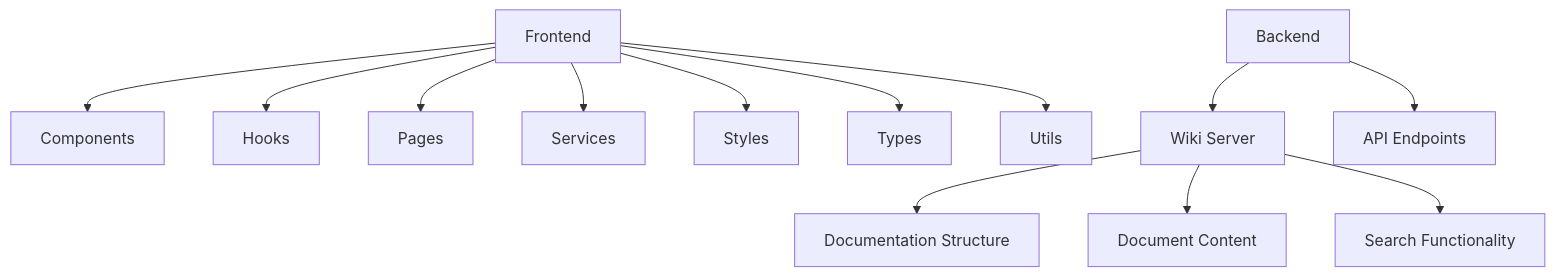
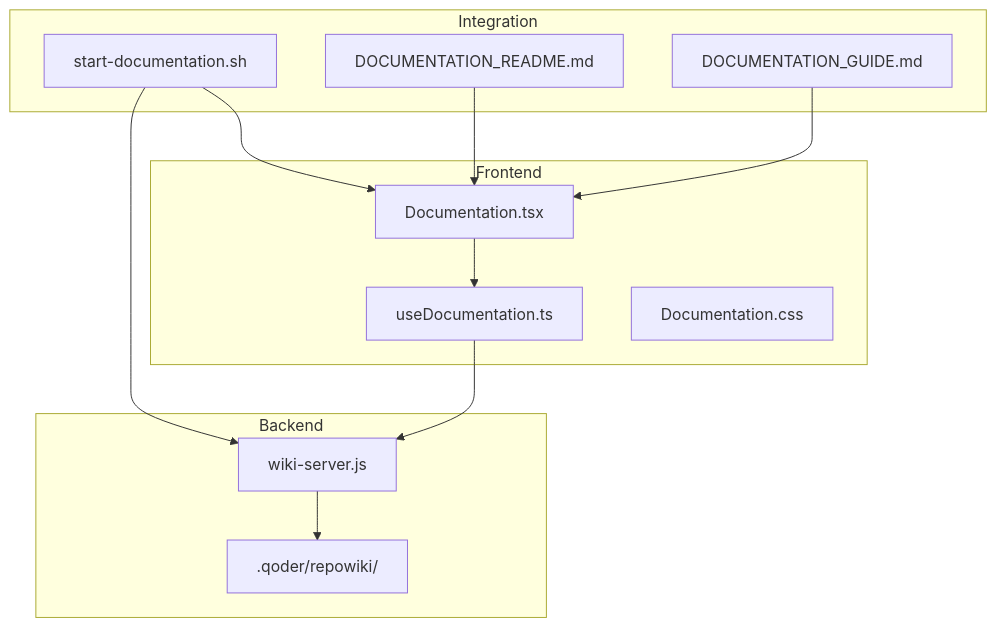
The first of 6 diagrams in .qoder/repowiki/en/content/Documentation System.md (gaigenticai/Regulens), drawn with Mermaid before and after one commit. The commit also changed other lines of this file and 3 other files, not shown here.

````diff
--- a/.qoder/repowiki/en/content/Documentation System.md
+++ b/.qoder/repowiki/en/content/Documentation System.md
@@ -46,15 +38,24 @@
 ```mermaid
-graph TD
-A[Frontend] --> B[Components]
-A --> C[Hooks]
-A --> D[Pages]
-A --> E[Services]
-A --> F[Styles]
-A --> G[Types]
-A --> H[Utils]
-I[Backend] --> J[Wiki Server]
-I --> K[API Endpoints]
-J --> L[Documentation Structure]
-J --> M[Document Content]
-J --> N[Search Functionality]
+graph TB
+subgraph "Frontend"
+A[Documentation.tsx]
+B[useDocumentation.ts]
+C[Documentation.css]
+end
+subgraph "Backend"
+D[wiki-server.js]
+E[.qoder/repowiki/]
+end
+subgraph "Integration"
+F[start-documentation.sh]
+G[DOCUMENTATION_README.md]
+H[DOCUMENTATION_GUIDE.md]
+end
+A --> B
+B --> D
+D --> E
+F --> D
+F --> A
+G --> A
+H --> A
 ```
````
